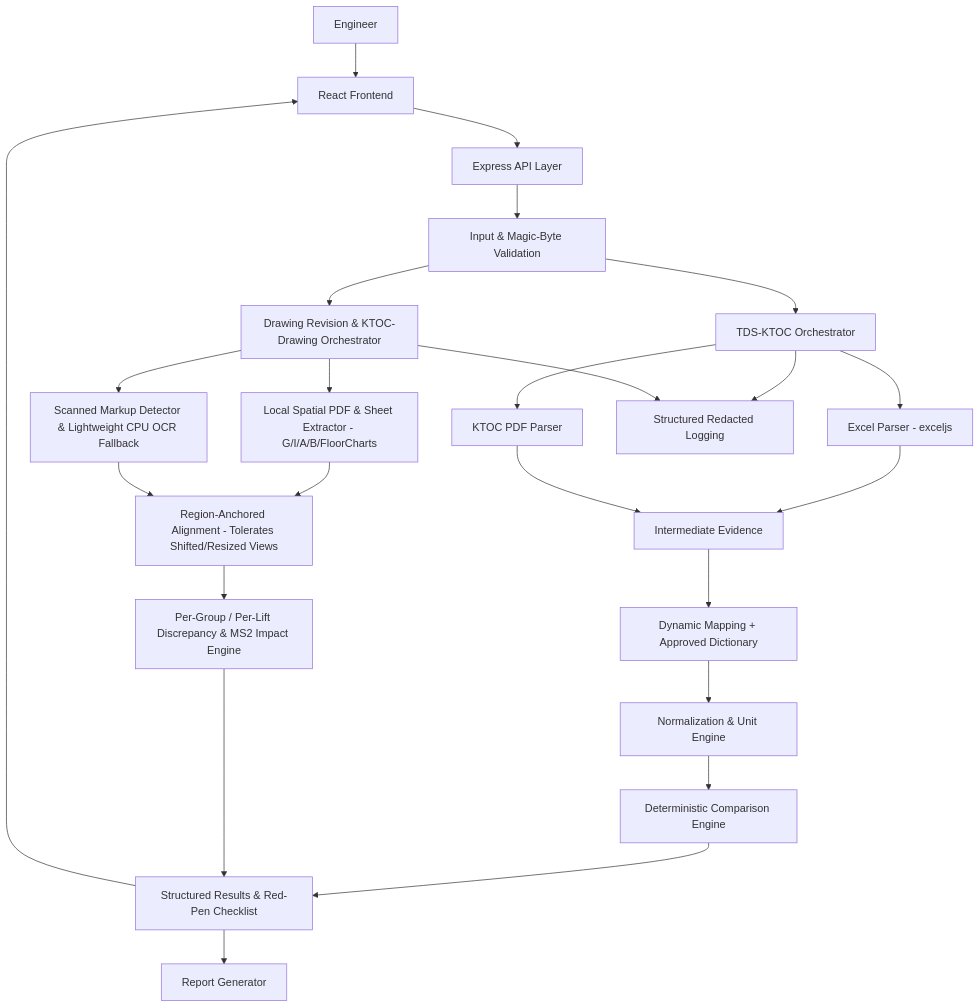
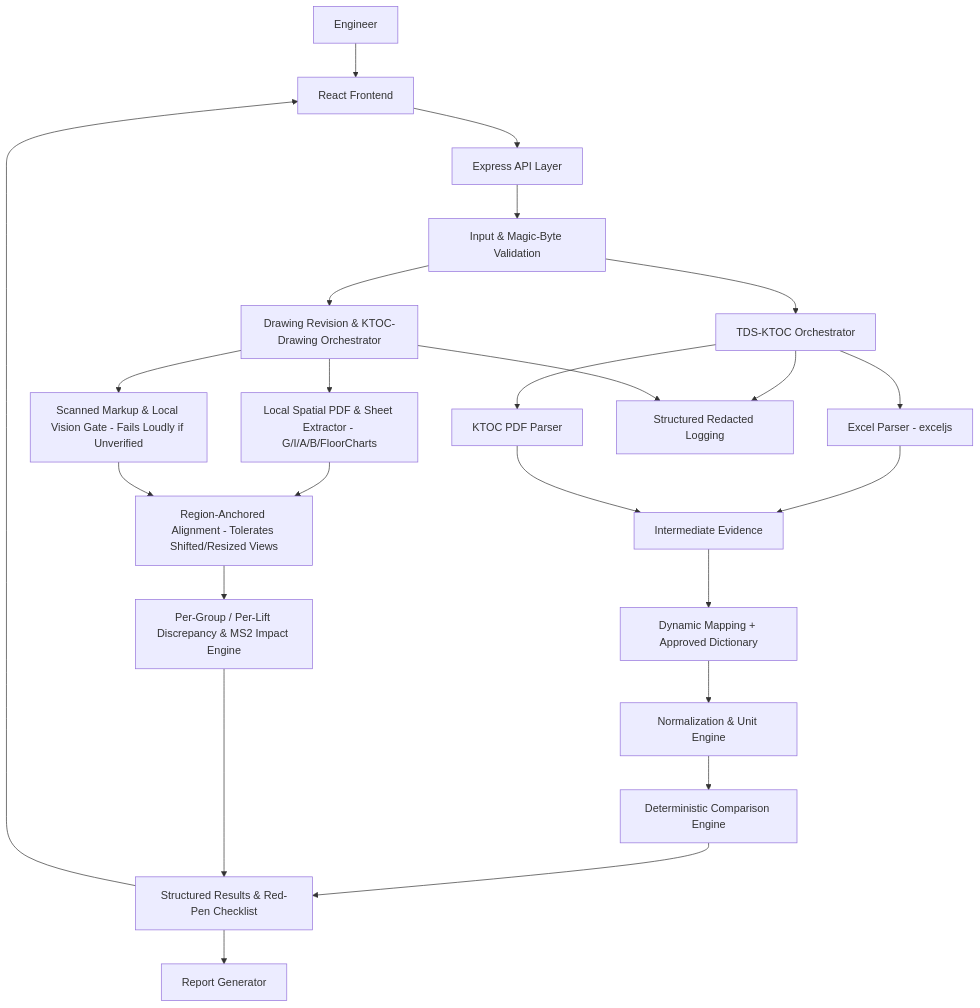
One commit to galadhruv16/KONE_Compliance_Tool changed the first of 2 diagrams in Docs/SYSTEM_DESIGN.md. Above: the diagram before and after it, drawn with Mermaid. The commit also changed other lines of this file and 6 other files, not shown here.

````diff
--- a/Docs/SYSTEM_DESIGN.md
+++ b/Docs/SYSTEM_DESIGN.md
@@ -80,29 +80,29 @@
 ```mermaid
 flowchart TD
     U[Engineer] --> FE[React Frontend]
     FE --> API[Express API Layer]
     API --> VAL[Input & Magic-Byte Validation]
 
     VAL --> ORCH1[TDS-KTOC Orchestrator]
     ORCH1 --> XP[Excel Parser - exceljs]
     ORCH1 --> PP[KTOC PDF Parser]
     XP --> IR[Intermediate Evidence]
     PP --> IR
     IR --> MAP[Dynamic Mapping + Approved Dictionary]
     MAP --> NORM[Normalization & Unit Engine]
     NORM --> COMP[Deterministic Comparison Engine]
 
     VAL --> ORCH2[Drawing Revision & KTOC-Drawing Orchestrator]
     ORCH2 --> SP[Local Spatial PDF & Sheet Extractor - G/I/A/B/FloorCharts]
-    ORCH2 --> SC[Scanned Markup Detector & Lightweight CPU OCR Fallback]
+    ORCH2 --> SC[Scanned Markup & Local Vision Gate - Fails Loudly if Unverified]
     SP --> ALIGN[Region-Anchored Alignment - Tolerates Shifted/Resized Views]
     SC --> ALIGN
     ALIGN --> DIFF[Per-Group / Per-Lift Discrepancy & MS2 Impact Engine]
 
     COMP --> RES[Structured Results & Red-Pen Checklist]
     DIFF --> RES
     RES --> FE
     RES --> REP[Report Generator]
     ORCH1 --> LOG[Structured Redacted Logging]
     ORCH2 --> LOG
 ```
````
